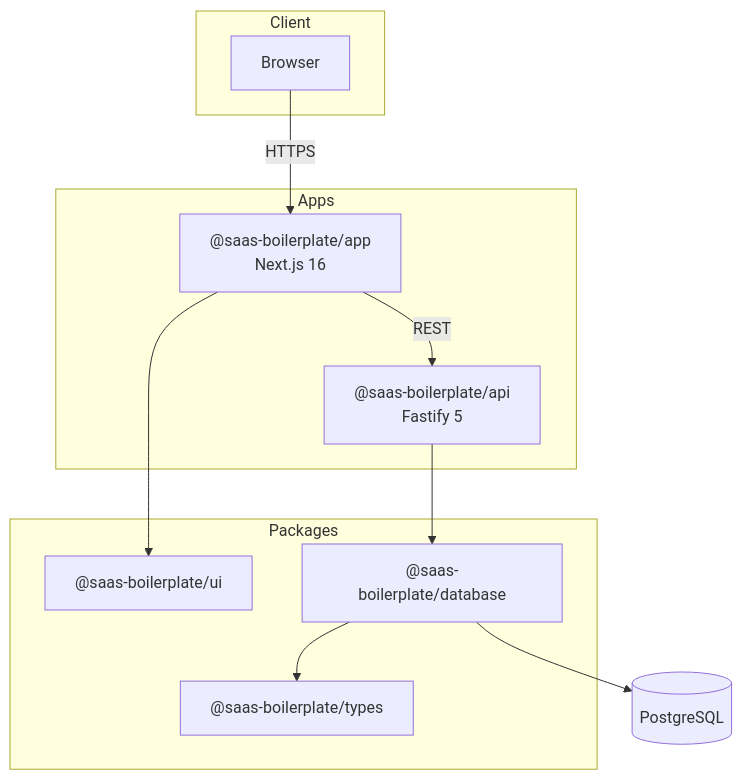
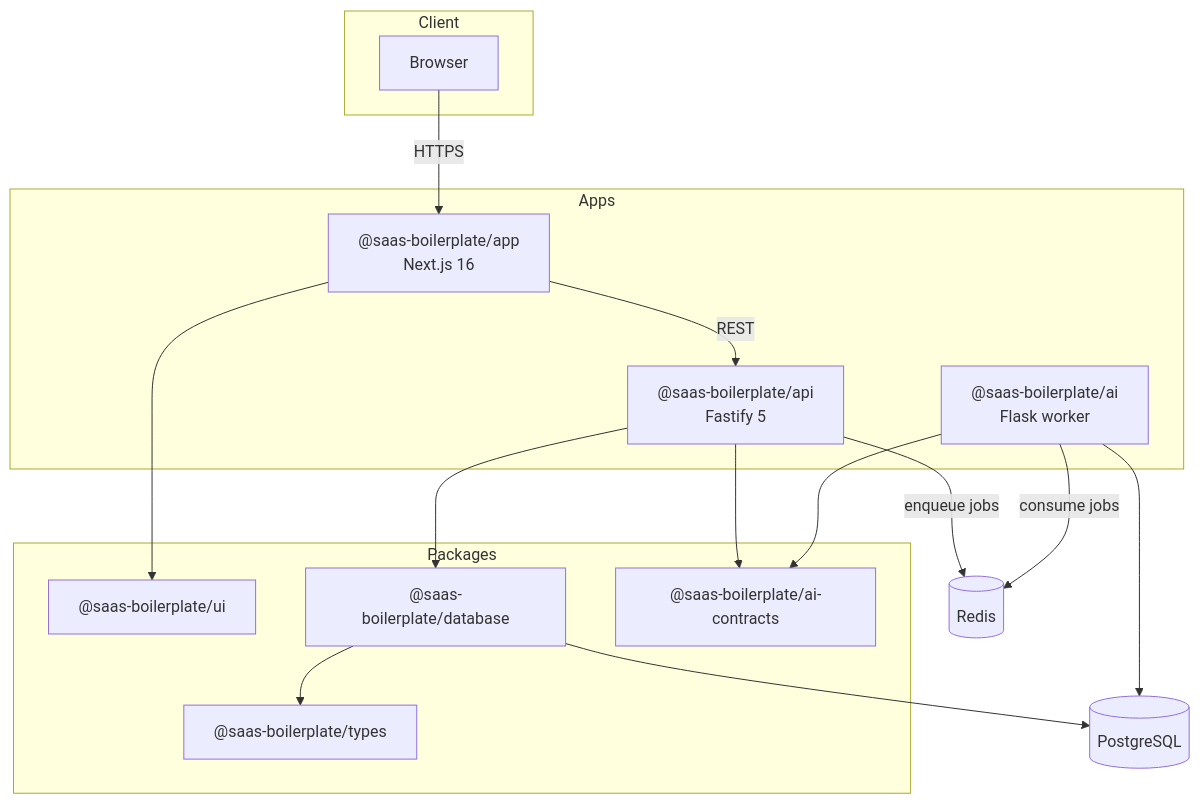
Before and after one commit to Khalil-Bchir/full-stack-saas-boilerplate: the diagram in README.md, drawn with Mermaid. The commit also changed other lines of this file and 91 other files, not shown here.

First line of the commit message:
feat: add async AI jobs with Redis, Flask worker, and labs

````diff
--- a/README.md
+++ b/README.md
@@ -9,26 +9,34 @@
 ```mermaid
 flowchart TB
     subgraph Client
         Browser[Browser]
     end
 
     subgraph Apps
         App["@saas-boilerplate/app<br/>Next.js 16"]
         API["@saas-boilerplate/api<br/>Fastify 5"]
+        AI["@saas-boilerplate/ai<br/>Flask worker"]
     end
 
     subgraph Packages
         UI["@saas-boilerplate/ui"]
         DB["@saas-boilerplate/database"]
         Types["@saas-boilerplate/types"]
+        Contracts["@saas-boilerplate/ai-contracts"]
     end
 
     PG[(PostgreSQL)]
+    Redis[(Redis)]
 
     Browser -->|HTTPS| App
     App -->|REST| API
     App --> UI
     API --> DB
+    API -->|enqueue jobs| Redis
+    AI -->|consume jobs| Redis
+    AI --> PG
     DB --> Types
     DB --> PG
+    API --> Contracts
+    AI --> Contracts
 ```
````
